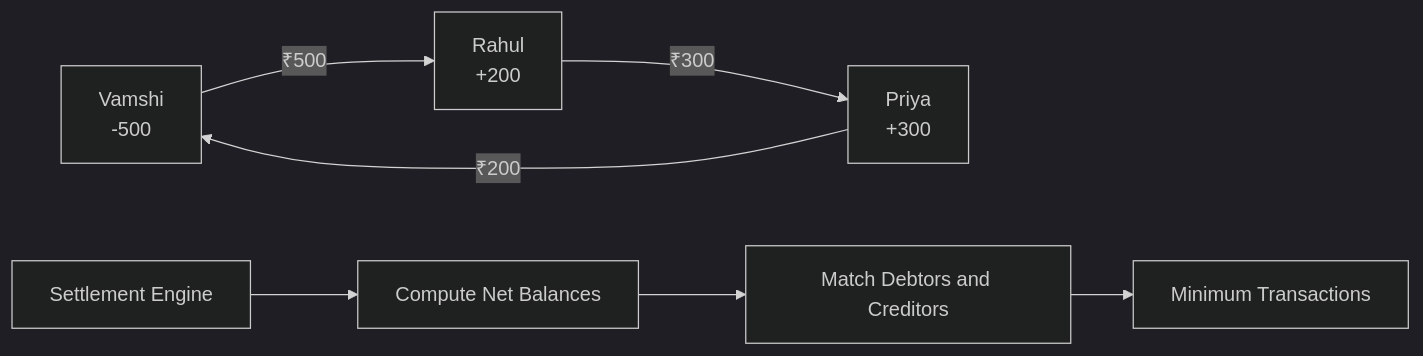
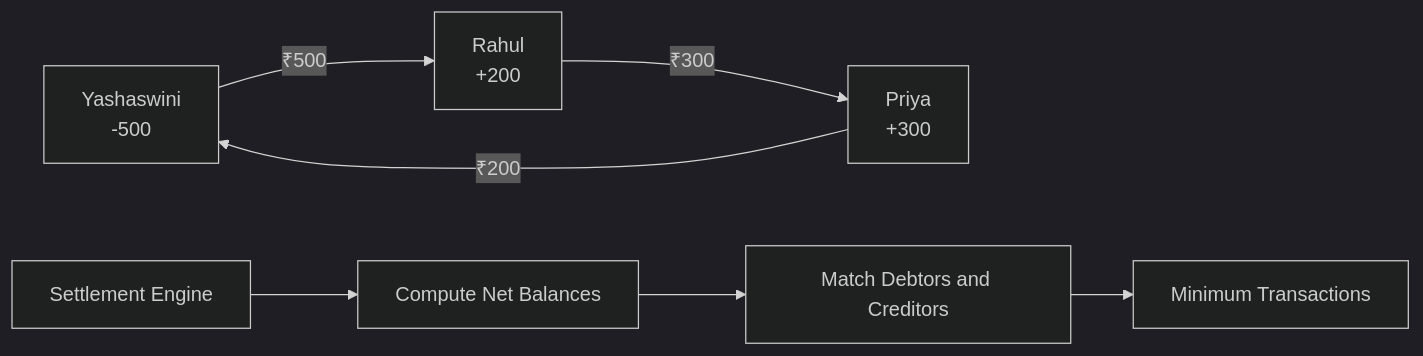
One commit to YashaswiniM-06/SplitSmart-AI changed the first of 6 diagrams in README.md. Above: the diagram before and after it, drawn with Mermaid (dark theme). The commit also changed other lines of this file, not shown here.

````diff
--- a/README.md
+++ b/README.md
@@ -214,10 +214,10 @@
 ```mermaid
 flowchart LR
-    A[Vamshi<br/>-500] -->|₹500| B[Rahul<br/>+200]
+    A[Yashaswini<br/>-500] -->|₹500| B[Rahul<br/>+200]
     B -->|₹300| C[Priya<br/>+300]
     C -->|₹200| A
 
     S[Settlement Engine] --> N[Compute Net Balances]
     N --> D[Match Debtors and Creditors]
     D --> M[Minimum Transactions]
 ```
````
